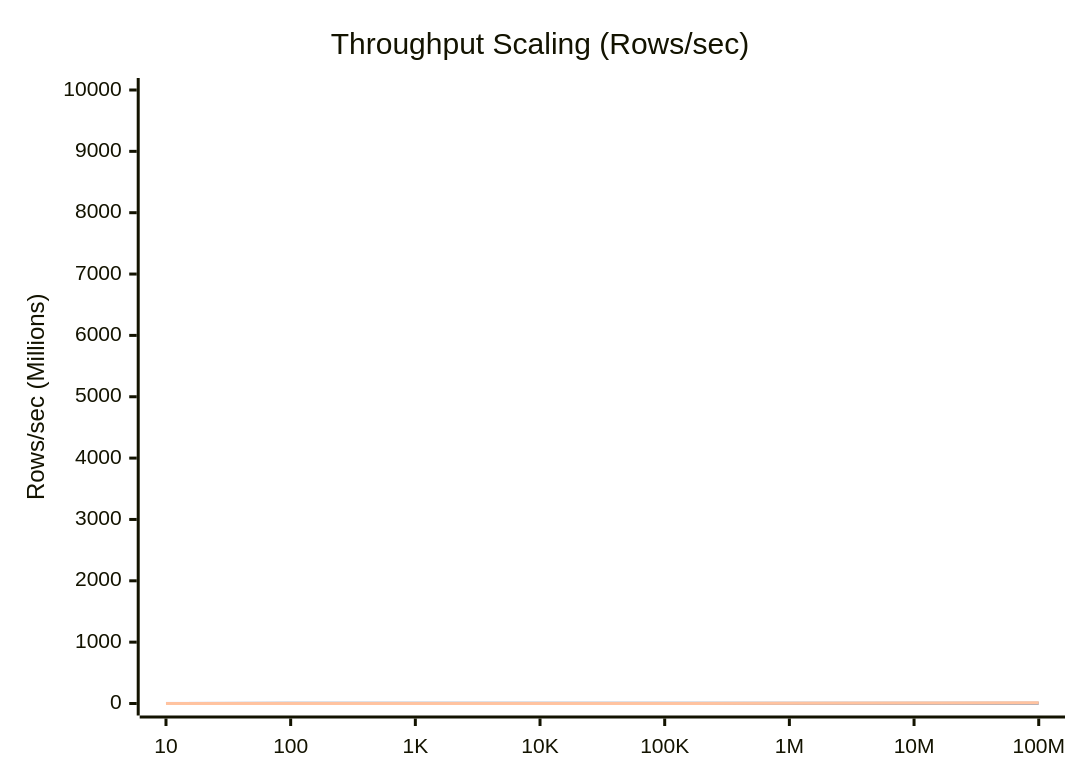
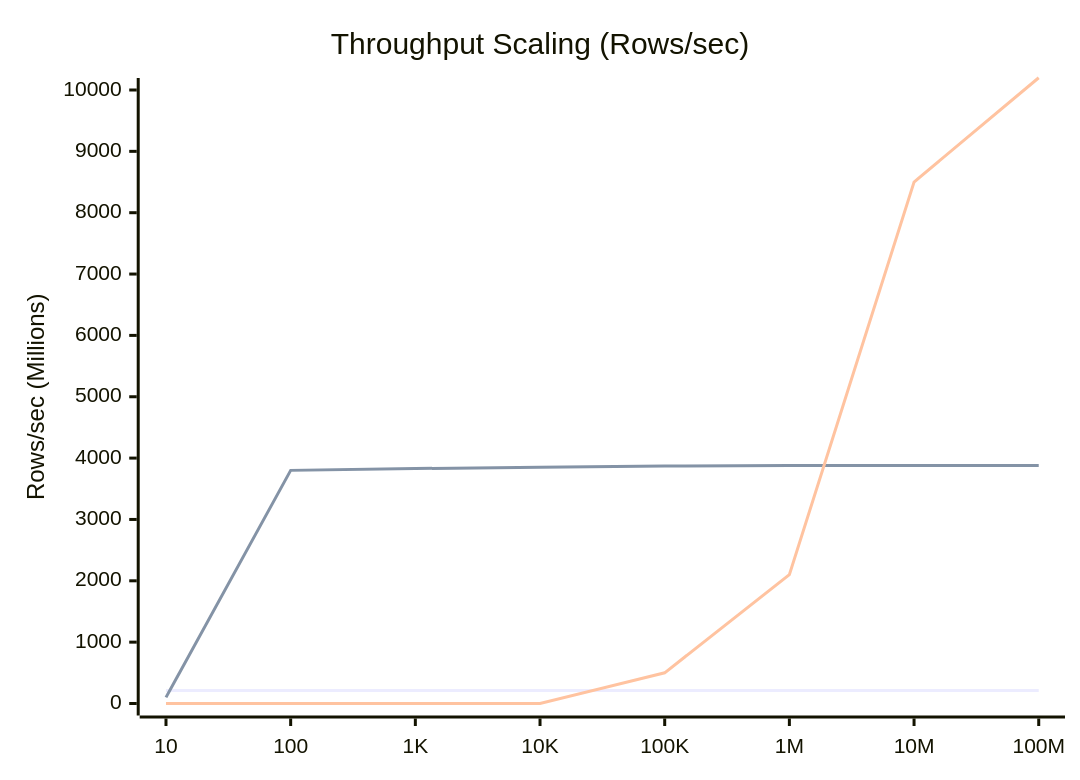
The ninth of 10 diagrams in research/paper.md (Suprath/AarchGate), drawn with Mermaid before and after one commit.

Commit message:
docs: fix magnitude in Figure 9 throughput chart

````diff
--- a/research/paper.md
+++ b/research/paper.md
@@ -556,9 +556,9 @@
 ```mermaid
 xychart-beta
     title "Throughput Scaling (Rows/sec)"
     x-axis [10, 100, 1K, 10K, 100K, 1M, 10M, 100M]
     y-axis "Rows/sec (Millions)" 0 --> 10000
-    line [2.1, 2.1, 2.1, 2.1, 2.1, 2.1, 2.1, 2.1]
-    line [0.1, 3.8, 3.8, 3.8, 3.8, 3.8, 3.8, 3.8]
-    line [0, 0, 0, 0, 0.5, 2.1, 8.5, 10.2]
+    line [210, 210, 210, 210, 210, 210, 210, 210]
+    line [100, 3800, 3830, 3850, 3870, 3880, 3880, 3880]
+    line [0, 0, 0, 0, 500, 2100, 8500, 10200]
 ```
````
